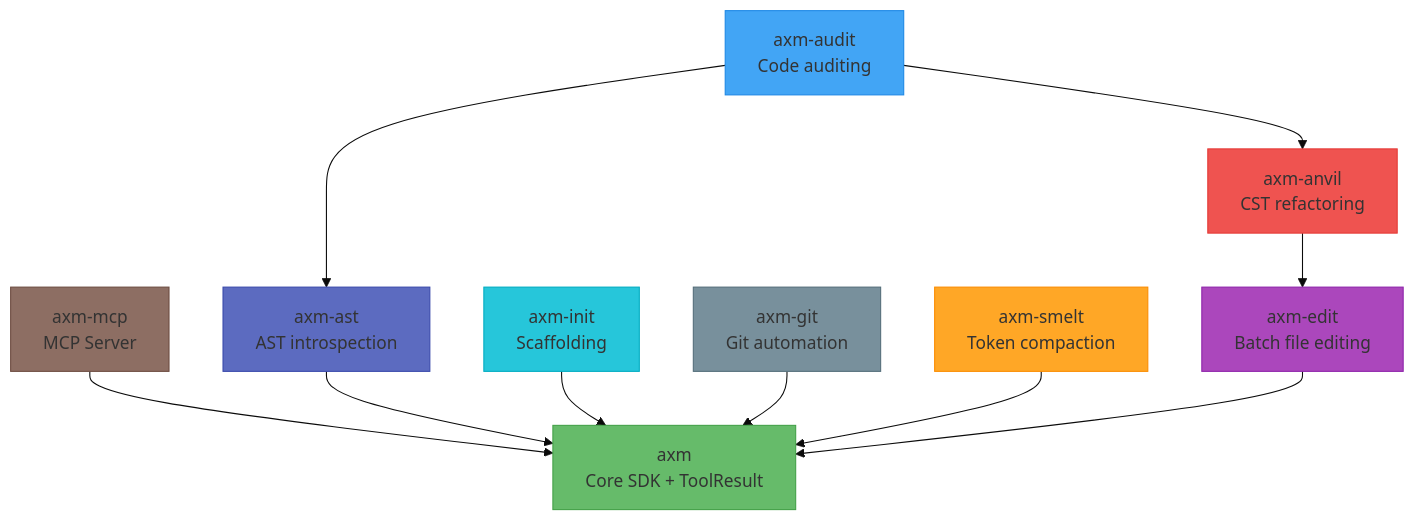
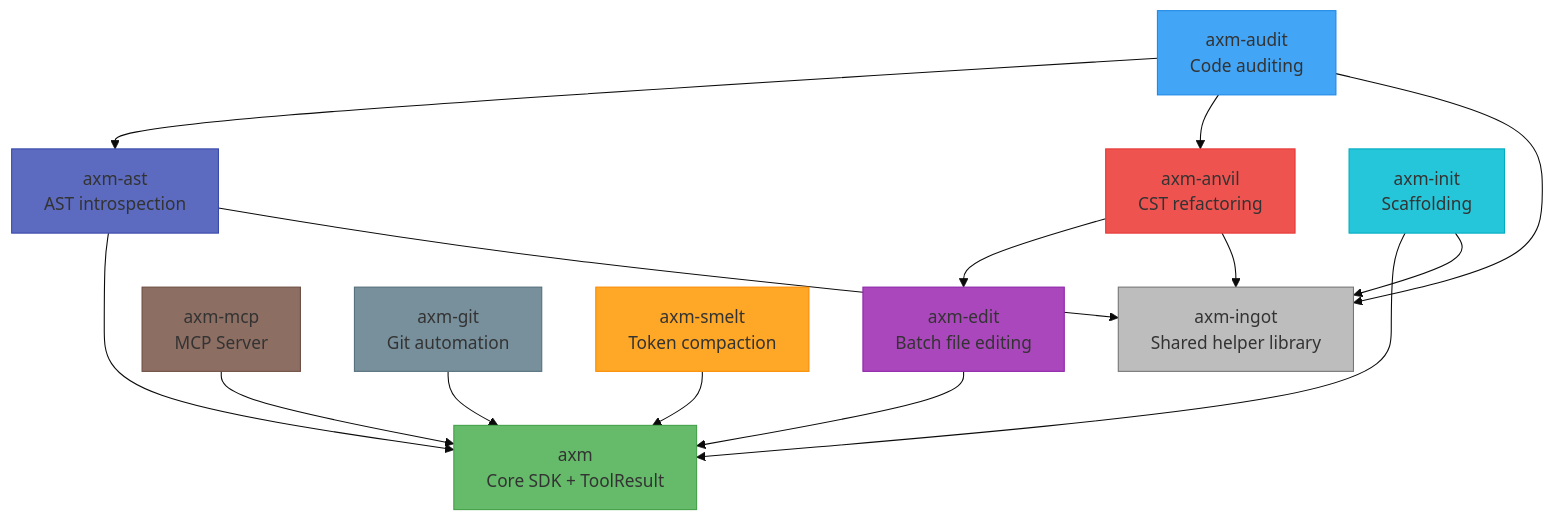
The diagram in README.md (axm-protocols/axm-forge), drawn with Mermaid (base theme) before and after one commit. The commit also changed other lines of this file and 3 other files, not shown here.

First line of the commit message:
docs(forge): reference axm-ingot across README, index pages, and architecture diagrams

````diff
--- a/README.md
+++ b/README.md
@@ -85,23 +86,29 @@
 ```mermaid
 graph TD
     classDef ast fill:#5C6BC0,stroke:#3949AB
     classDef audit fill:#42A5F5,stroke:#1E88E5
     classDef init fill:#26C6DA,stroke:#00ACC1
     classDef git fill:#78909C,stroke:#546E7A
     classDef smelt fill:#FFA726,stroke:#FB8C00
     classDef anvil fill:#EF5350,stroke:#E53935
     classDef edit fill:#AB47BC,stroke:#8E24AA
     classDef axm fill:#66BB6A,stroke:#43A047
     classDef mcp fill:#8D6E63,stroke:#6D4C41
+    classDef ingot fill:#BDBDBD,stroke:#757575
 
     AXM["axm<br/>Core SDK + ToolResult"]:::axm
+    INGOT["axm-ingot<br/>Shared helper library"]:::ingot
     MCP["axm-mcp<br/>MCP Server"]:::mcp --> AXM
     AST["axm-ast<br/>AST introspection"]:::ast --> AXM
     AUDIT["axm-audit<br/>Code auditing"]:::audit --> AST
     AUDIT --> ANVIL
     INIT["axm-init<br/>Scaffolding"]:::init --> AXM
     GIT["axm-git<br/>Git automation"]:::git --> AXM
     SMELT["axm-smelt<br/>Token compaction"]:::smelt --> AXM
     ANVIL["axm-anvil<br/>CST refactoring"]:::anvil --> EDIT
     EDIT["axm-edit<br/>Batch file editing"]:::edit --> AXM
+    AST --> INGOT
+    AUDIT --> INGOT
+    INIT --> INGOT
+    ANVIL --> INGOT
 ```
````
